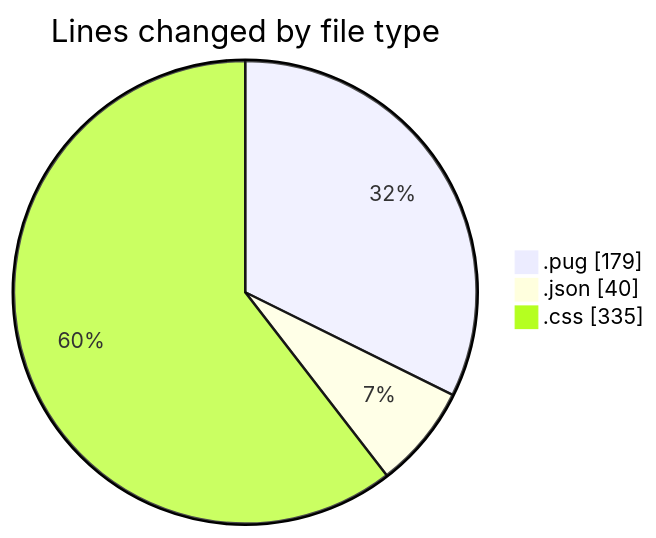
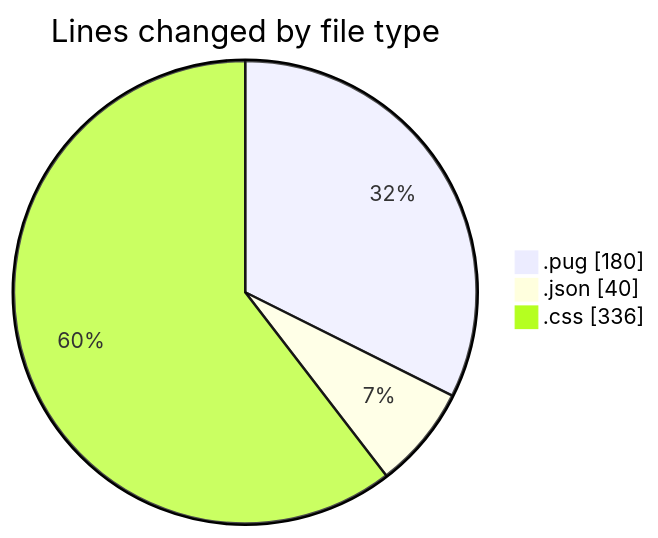
One commit to momahboobian/code-tracking changed the first of 2 diagrams in 2025-11-03/cda/README.md. Above: the diagram before and after it, drawn with Mermaid. The commit also changed other lines of this file and 1 other file, not shown here.

````diff
--- a/2025-11-03/cda/README.md
+++ b/2025-11-03/cda/README.md
@@ -22,7 +22,7 @@
 ```mermaid
 pie showData
 title Lines changed by file type
-".pug" : 179
+".pug" : 180
 ".json" : 40
-".css" : 335
+".css" : 336
 ```
````
